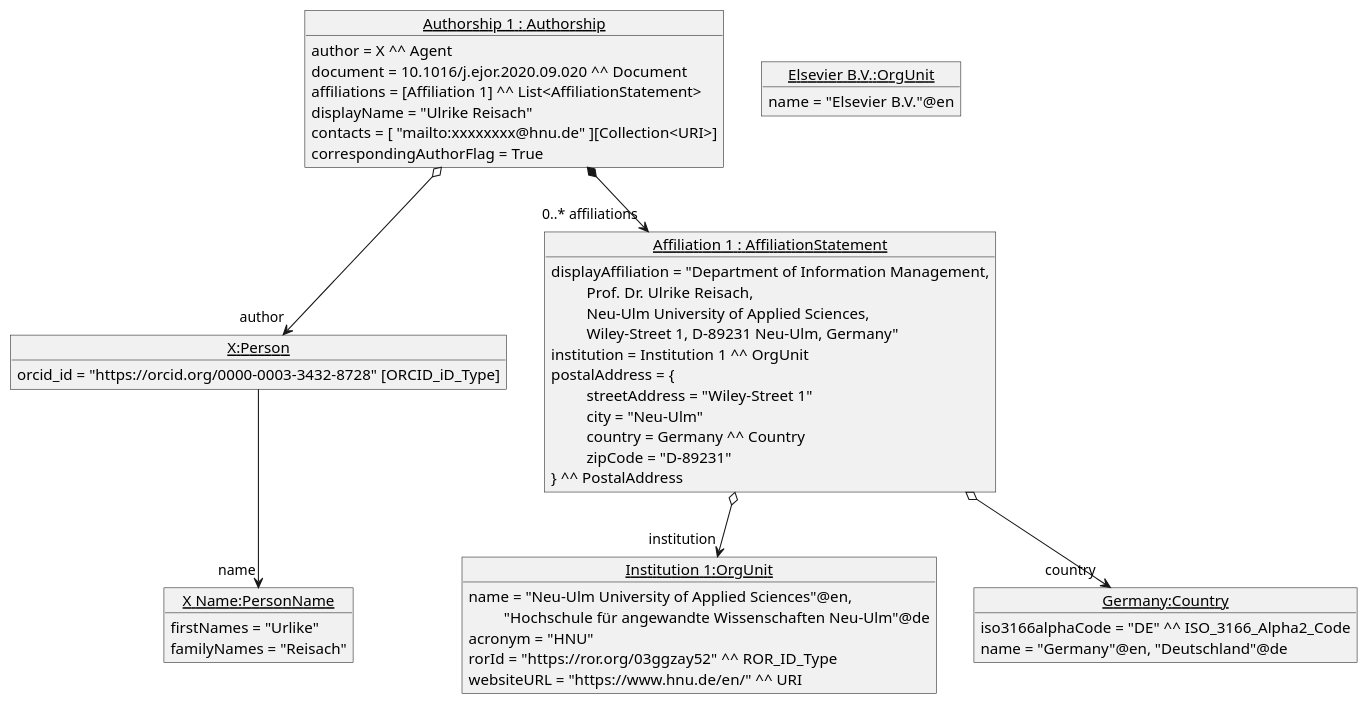
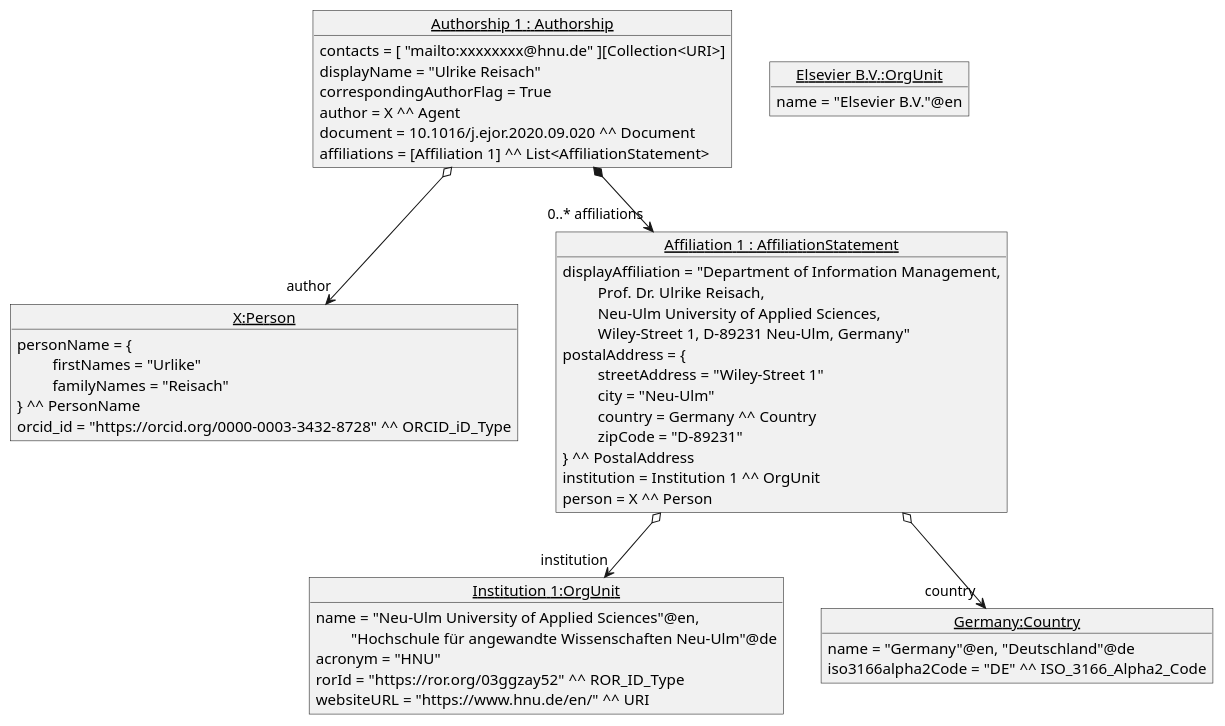
The diagram in diagrams/example.puml (EuroCRIS/CERIF-Core), drawn with PlantUML before and after one commit. The commit also changed 2 other files, not shown here.

Commit message:
corrections of diagrams

```diff
--- a/diagrams/example.puml
+++ b/diagrams/example.puml
@@ -1,57 +1,55 @@
 @startuml
 	object "<u>X:Person</u>" as X {
-           orcid_id = "https://orcid.org/0000-0003-3432-8728" [ORCID_iD_Type]
+           personName = {
+           \t firstNames = "Urlike"
+           \t familyNames = "Reisach"
+           } ^^ PersonName
+           orcid_id = "https://orcid.org/0000-0003-3432-8728" ^^ ORCID_iD_Type
         }
-
-	object "<u>X Name:PersonName</u>" as XName {
-            firstNames = "Urlike"
-            familyNames = "Reisach"
-        }
-
-    X --> "name" XName
 
     object "<u>Institution 1:OrgUnit</u>" as Ins1 {
     	    name = "Neu-Ulm University of Applied Sciences"@en,
     	    \t "Hochschule für angewandte Wissenschaften Neu-Ulm"@de
             acronym = "HNU"
             rorId = "https://ror.org/03ggzay52" ^^ ROR_ID_Type
             websiteURL = "https://www.hnu.de/en/" ^^ URI
     	}
 
     object "<u>Germany:Country</u>" as Ger {
-            iso3166alphaCode = "DE" ^^ ISO_3166_Alpha2_Code
-            name = "Germany"@en, "Deutschland"@de
+           name = "Germany"@en, "Deutschland"@de
+           iso3166alpha2Code = "DE" ^^ ISO_3166_Alpha2_Code
         }
 
     object "<u>Elsevier B.V.:OrgUnit</u>" as Elsevier {
             name = "Elsevier B.V."@en
         }
 
     object "<u>Affiliation 1 : AffiliationStatement</u>" as Aff1 {
             displayAffiliation = "Department of Information Management,
             \t Prof. Dr. Ulrike Reisach,
             \t Neu-Ulm University of Applied Sciences,
             \t Wiley-Street 1, D-89231 Neu-Ulm, Germany"
-            institution = Institution 1 ^^ OrgUnit
             postalAddress = {
             \t streetAddress = "Wiley-Street 1"
             \t city = "Neu-Ulm"
             \t country = Germany ^^ Country
             \t zipCode = "D-89231"
             } ^^ PostalAddress
+            institution = Institution 1 ^^ OrgUnit
+            person = X ^^ Person
         }
 
     object "<u>Authorship 1 : Authorship</u>" as Aut1 {
+            contacts = [ "mailto:xxxxxxxx@hnu.de" ][Collection<URI>]
+            displayName = "Ulrike Reisach"
+            correspondingAuthorFlag = True
             author = X ^^ Agent
             document = 10.1016/j.ejor.2020.09.020 ^^ Document
             affiliations = [Affiliation 1] ^^ List<AffiliationStatement>
-            displayName = "Ulrike Reisach"
-            contacts = [ "mailto:xxxxxxxx@hnu.de" ][Collection<URI>]
-            correspondingAuthorFlag = True
         }
     Aut1 o--> "author" X
     Aff1 o--> "institution" Ins1
     Aff1 o--> "country" Ger
     Aut1 *--> "0..* affiliations" Aff1
 
 @enduml
```
